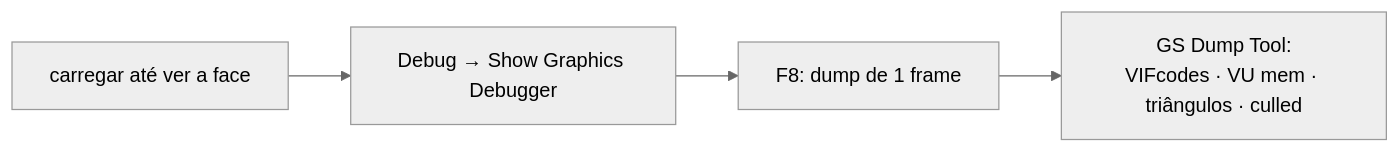
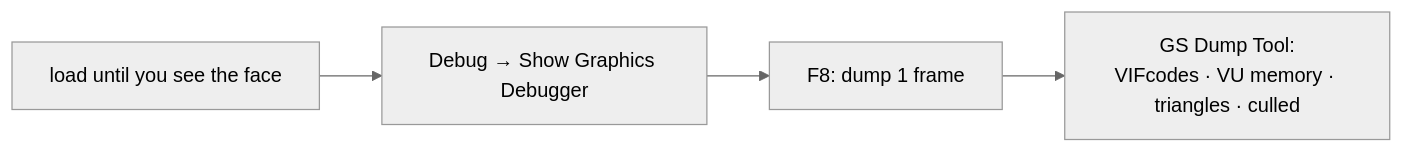
The third of 3 diagrams in docs/07-debugging-guide.md (FVitor7/wepes3d), drawn with Mermaid (neutral theme) before and after one commit. The commit also changed other lines of this file and 30 other files, not shown here.

````diff
--- a/docs/07-debugging-guide.md
+++ b/docs/07-debugging-guide.md
@@ -129,6 +137,6 @@
 ```mermaid
 flowchart LR
-    A["carregar até ver a face"] --> B["Debug → Show Graphics Debugger"]
-    B --> C["F8: dump de 1 frame"]
-    C --> D["GS Dump Tool:<br/>VIFcodes · VU mem · triângulos · culled"]
+    A["load until you see the face"] --> B["Debug → Show Graphics Debugger"]
+    B --> C["F8: dump 1 frame"]
+    C --> D["GS Dump Tool:<br/>VIFcodes · VU memory · triangles · culled"]
 ```
````
